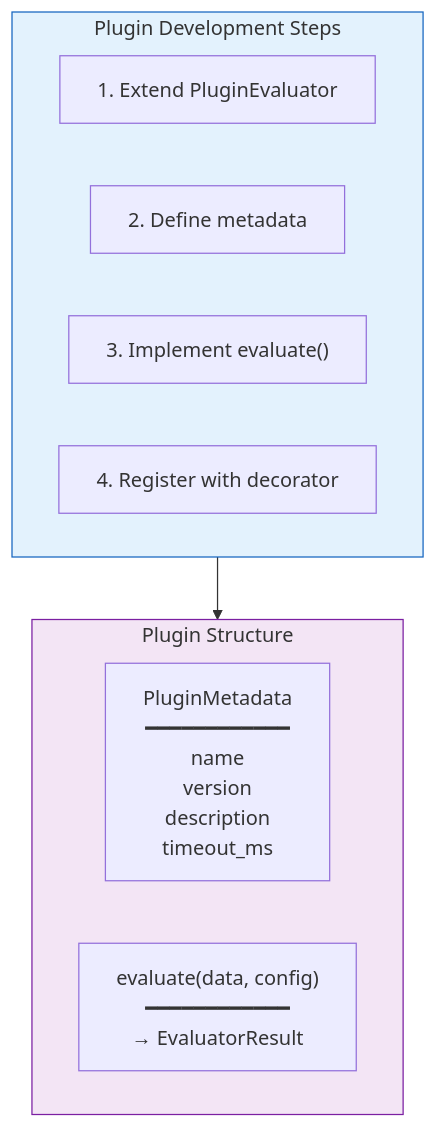
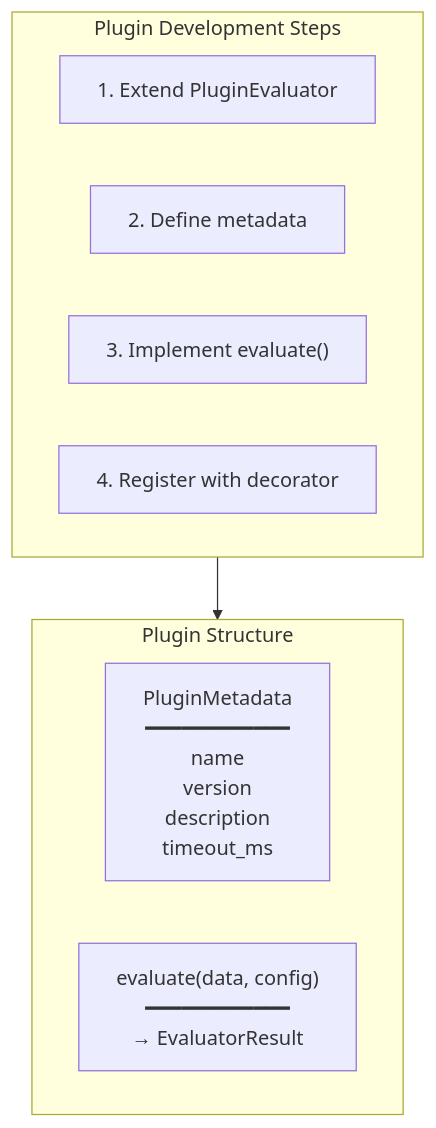
The sixth of 9 diagrams in diagrams/09-plugin-system.md (agentcontrol/agent-control), drawn with Mermaid before and after one commit. The commit also changed other lines of this file and 9 other files, not shown here.

````diff
--- a/diagrams/09-plugin-system.md
+++ b/diagrams/09-plugin-system.md
@@ -166,20 +153,17 @@
 ```mermaid
 flowchart TD
     subgraph steps["Plugin Development Steps"]
         s1["1. Extend PluginEvaluator"]
         s2["2. Define metadata"]
         s3["3. Implement evaluate()"]
         s4["4. Register with decorator"]
     end
 
     subgraph structure["Plugin Structure"]
         meta["PluginMetadata<br/>━━━━━━━━━━━━<br/>name<br/>version<br/>description<br/>timeout_ms"]
         
         eval["evaluate(data, config)<br/>━━━━━━━━━━━━<br/>→ EvaluatorResult"]
     end
 
     steps --> structure
-
-    style steps fill:#e3f2fd,stroke:#1565c0
-    style structure fill:#f3e5f5,stroke:#7b1fa2
 ```
````
